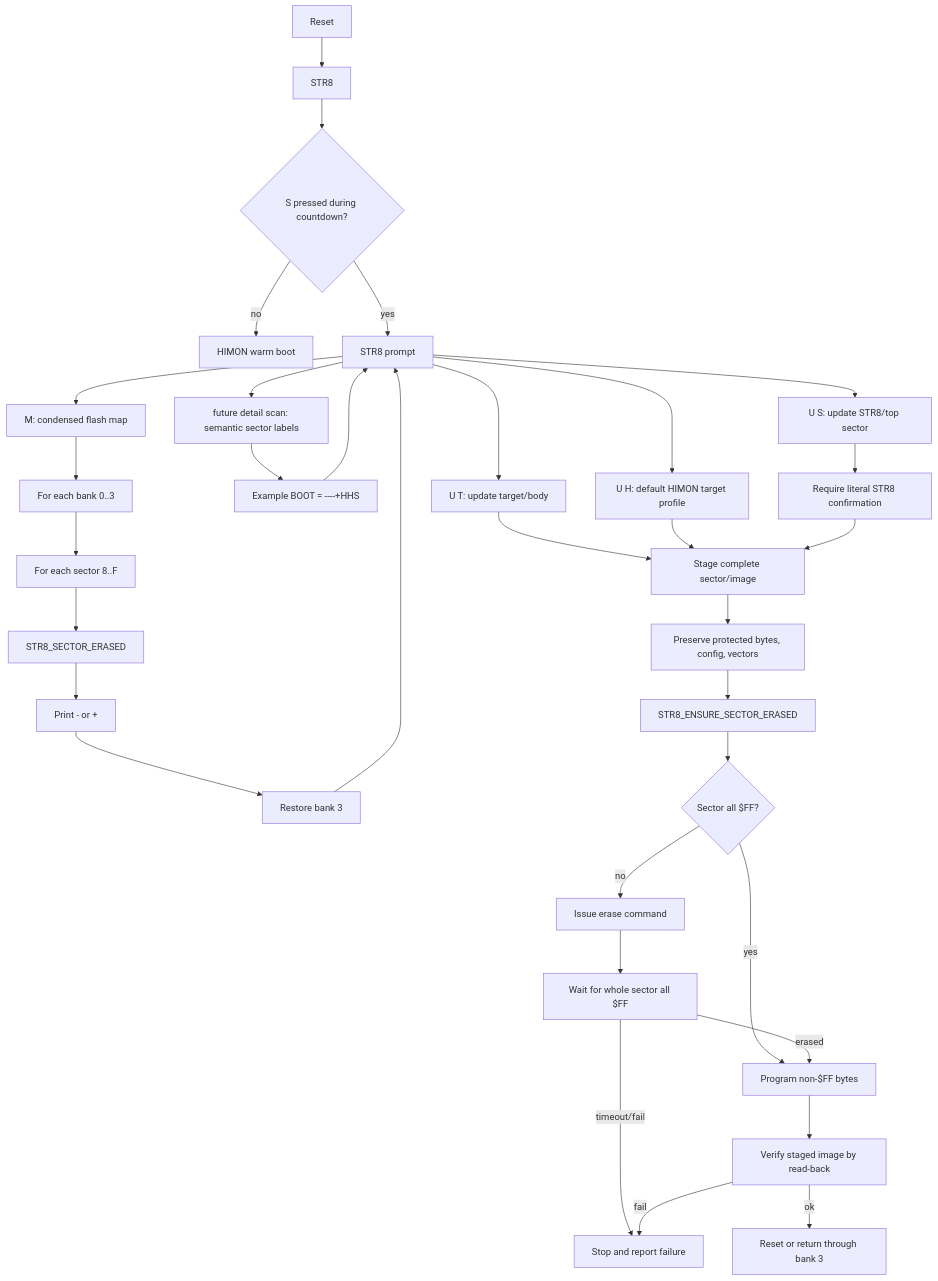
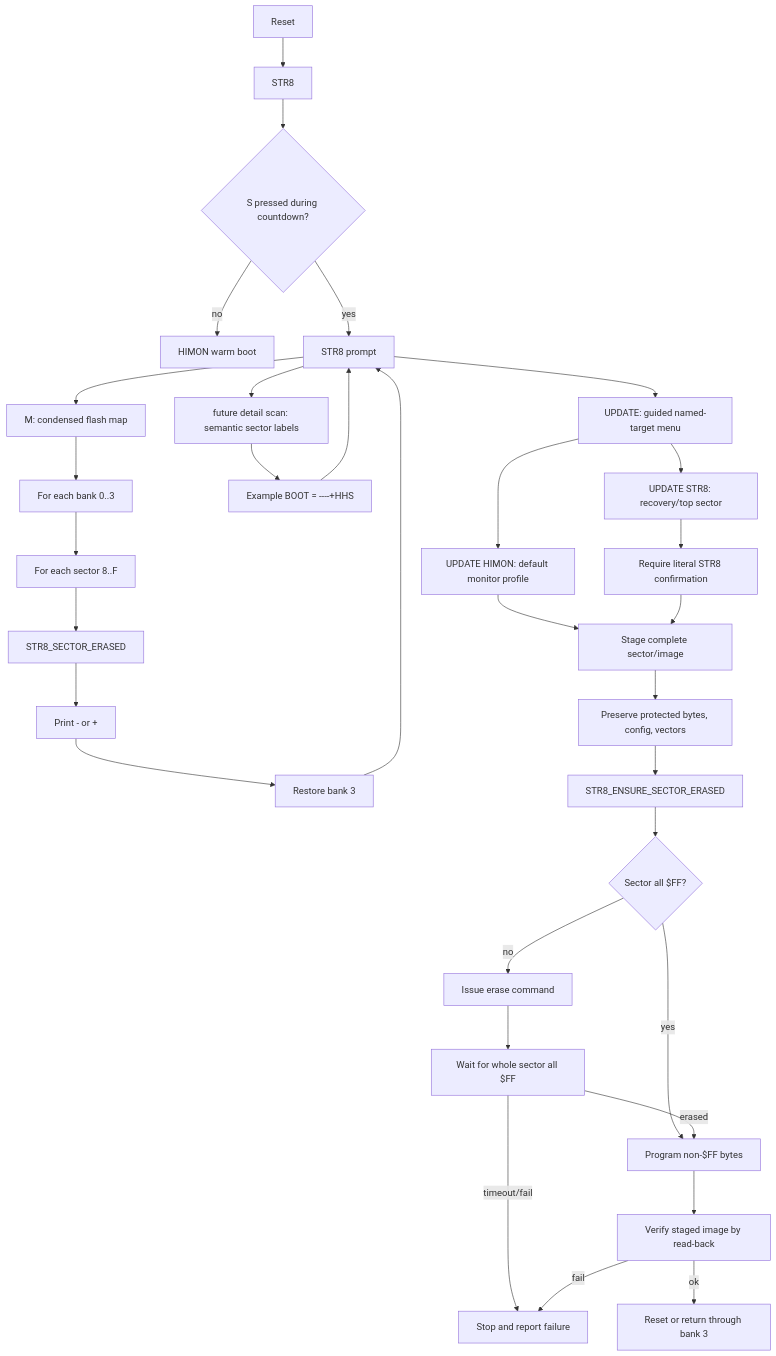
The diagram in DOC/GUIDES/STR8_FLASH_UPDATE_PROPOSAL.md (95westus/R-YORS), drawn with Mermaid before and after one commit. The commit also changed other lines of this file and 114 other files, not shown here.

````diff
--- a/DOC/GUIDES/STR8_FLASH_UPDATE_PROPOSAL.md
+++ b/DOC/GUIDES/STR8_FLASH_UPDATE_PROPOSAL.md
@@ -226,38 +366,37 @@
 ```mermaid
 flowchart TD
     RESET["Reset"] --> STR8["STR8"]
     STR8 --> BOOT{"S pressed during countdown?"}
     BOOT -->|no| HIMON["HIMON warm boot"]
     BOOT -->|yes| PROMPT["STR8 prompt"]
 
     PROMPT --> M["M: condensed flash map"]
     M --> SCAN_BANK["For each bank 0..3"]
     SCAN_BANK --> SCAN_SECTOR["For each sector 8..F"]
     SCAN_SECTOR --> SECTOR_ERASED["STR8_SECTOR_ERASED"]
     SECTOR_ERASED --> REPORT["Print - or +"]
     REPORT --> RESTORE_B3["Restore bank 3"]
     RESTORE_B3 --> PROMPT
     PROMPT --> DETAIL["future detail scan: semantic sector labels"]
     DETAIL --> SEMANTIC["Example BOOT = ----+HHS"]
     SEMANTIC --> PROMPT
 
-    PROMPT --> UT["U T: update target/body"]
-    PROMPT --> UH["U H: default HIMON target profile"]
-    PROMPT --> US["U S: update STR8/top sector"]
+    PROMPT --> UPD["UPDATE: guided named-target menu"]
+    UPD --> UH["UPDATE HIMON: default monitor profile"]
+    UPD --> US["UPDATE STR8: recovery/top sector"]
     US --> CONFIRM["Require literal STR8 confirmation"]
-    UT --> STAGE["Stage complete sector/image"]
-    UH --> STAGE
+    UH --> STAGE["Stage complete sector/image"]
     CONFIRM --> STAGE
 
     STAGE --> PRESERVE["Preserve protected bytes, config, vectors"]
     PRESERVE --> ENSURE["STR8_ENSURE_SECTOR_ERASED"]
     ENSURE --> ALREADY{"Sector all $FF?"}
     ALREADY -->|yes| PROGRAM["Program non-$FF bytes"]
     ALREADY -->|no| ERASE["Issue erase command"]
     ERASE --> WAIT["Wait for whole sector all $FF"]
     WAIT -->|timeout/fail| STOP["Stop and report failure"]
     WAIT -->|erased| PROGRAM
     PROGRAM --> VERIFY["Verify staged image by read-back"]
     VERIFY -->|fail| STOP
     VERIFY -->|ok| RESET2["Reset or return through bank 3"]
 ```
````
